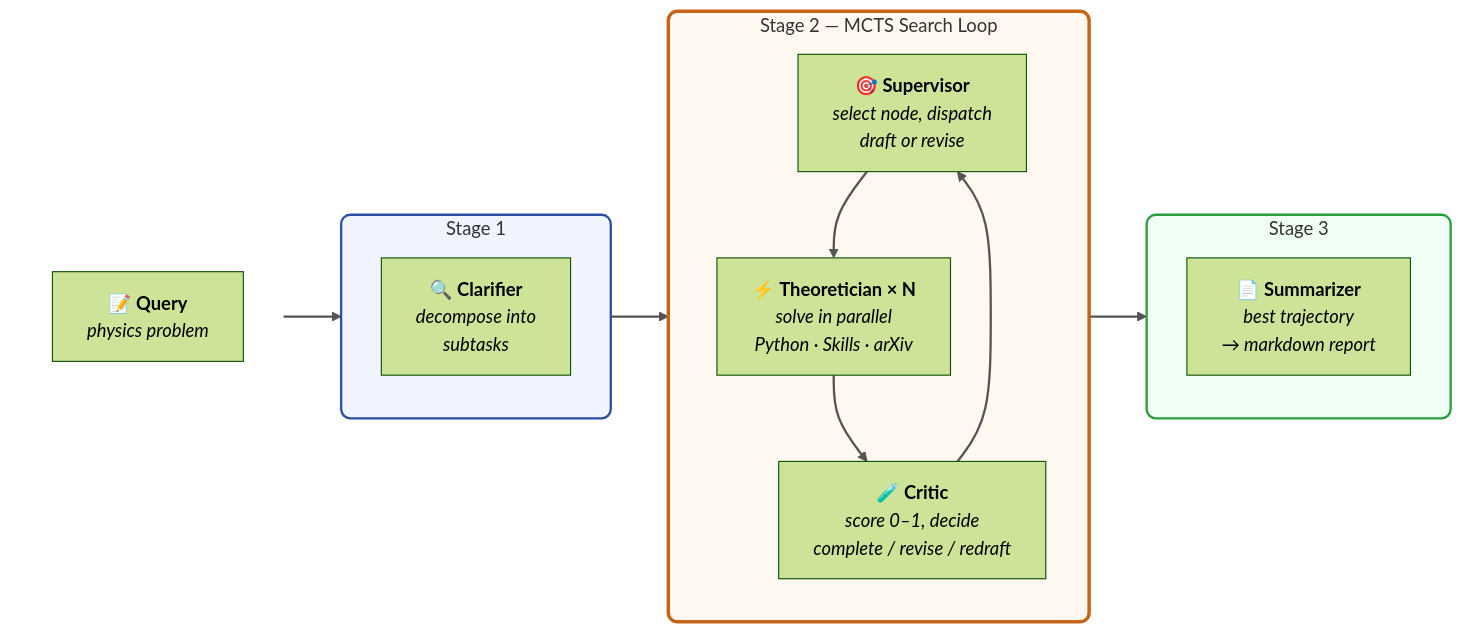
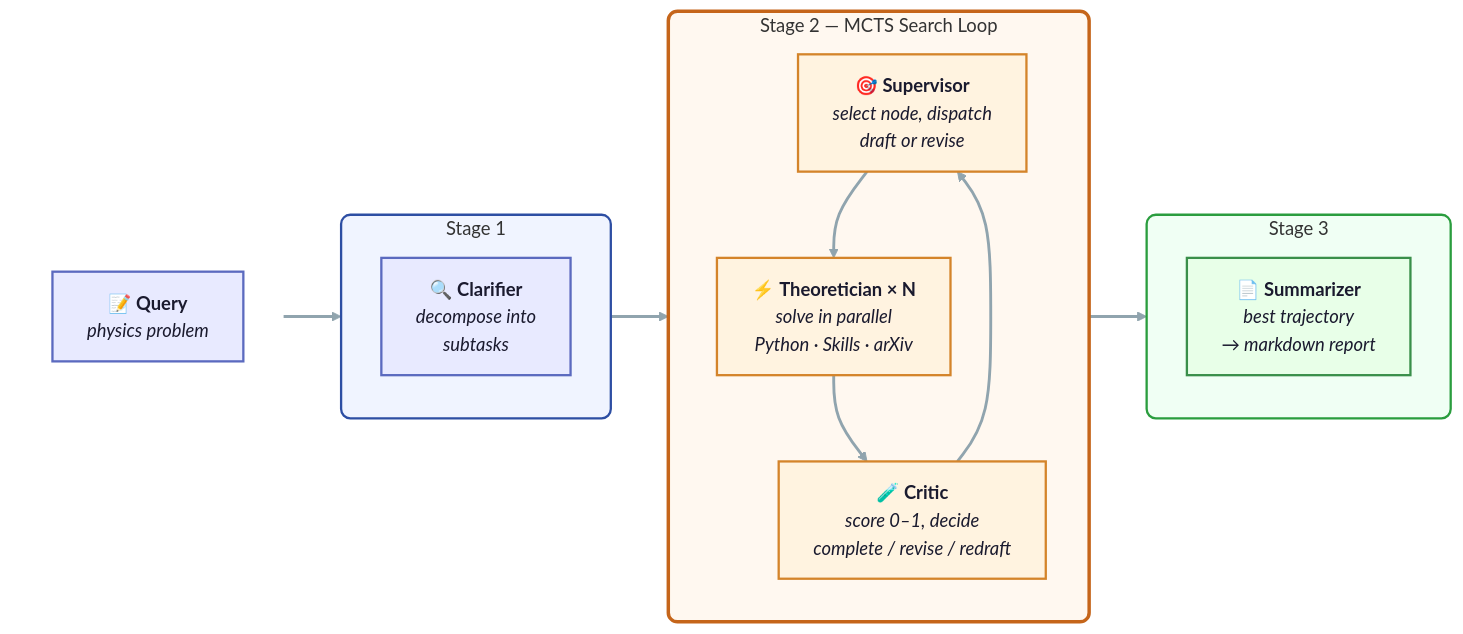
Before and after one commit to sjtu-sai-agents/PhysMaster: the diagram in README.md, drawn with Mermaid (forest theme). The commit also changed other lines of this file and 3 other files, not shown here.

````diff
--- a/README.md
+++ b/README.md
@@ -28,34 +28,41 @@
 ```mermaid
 flowchart LR
     subgraph INPUT [" "]
         direction TB
         Q["📝 <b>Query</b><br/><i>physics problem</i>"]
     end
 
     subgraph STAGE1 ["Stage 1"]
         direction TB
         CL["🔍 <b>Clarifier</b><br/><i>decompose into<br/>subtasks</i>"]
     end
 
     subgraph MCTS ["Stage 2 — MCTS Search Loop"]
         direction TB
         SUP["🎯 <b>Supervisor</b><br/><i>select node, dispatch<br/>draft or revise</i>"]
         THEO["⚡ <b>Theoretician × N</b><br/><i>solve in parallel<br/>Python · Skills · arXiv</i>"]
         CRIT["🧪 <b>Critic</b><br/><i>score 0–1, decide<br/>complete / revise / redraft</i>"]
         SUP --> THEO --> CRIT --> SUP
     end
 
     subgraph STAGE3 ["Stage 3"]
         direction TB
         SUM["📄 <b>Summarizer</b><br/><i>best trajectory<br/>→ markdown report</i>"]
     end
 
     Q --> CL --> MCTS --> SUM
 
     style INPUT fill:none,stroke:none
     style STAGE1 fill:#f0f4ff,stroke:#2d4ea3,stroke-width:2px,rx:8
     style MCTS fill:#fff8f0,stroke:#c5651a,stroke-width:3px,rx:8
     style STAGE3 fill:#f0fff4,stroke:#2a9d3e,stroke-width:2px,rx:8
 
-    linkStyle default stroke:#555,stroke-width:2px
+    style Q fill:#e8eaff,stroke:#5b6abf,stroke-width:2px,color:#1a1a2e
+    style CL fill:#e8eaff,stroke:#5b6abf,stroke-width:2px,color:#1a1a2e
+    style SUP fill:#fff3e0,stroke:#d4842a,stroke-width:2px,color:#1a1a2e
+    style THEO fill:#fff3e0,stroke:#d4842a,stroke-width:2px,color:#1a1a2e
+    style CRIT fill:#fff3e0,stroke:#d4842a,stroke-width:2px,color:#1a1a2e
+    style SUM fill:#e8ffe8,stroke:#3a8f4a,stroke-width:2px,color:#1a1a2e
+
+    linkStyle default stroke:#90a4ae,stroke-width:2.5px
 ```
````
